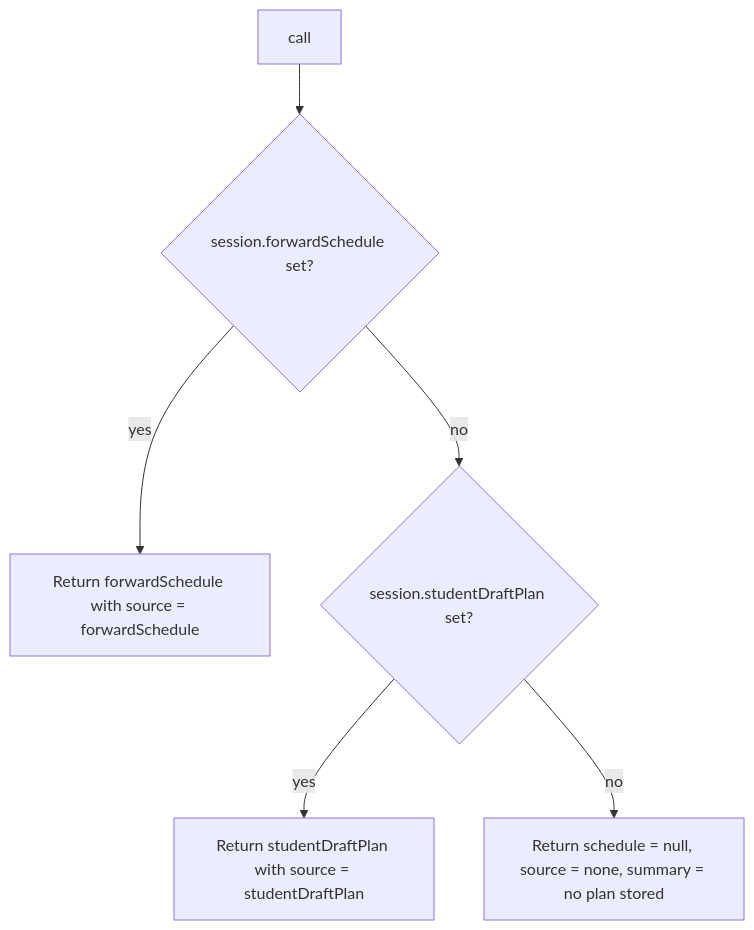
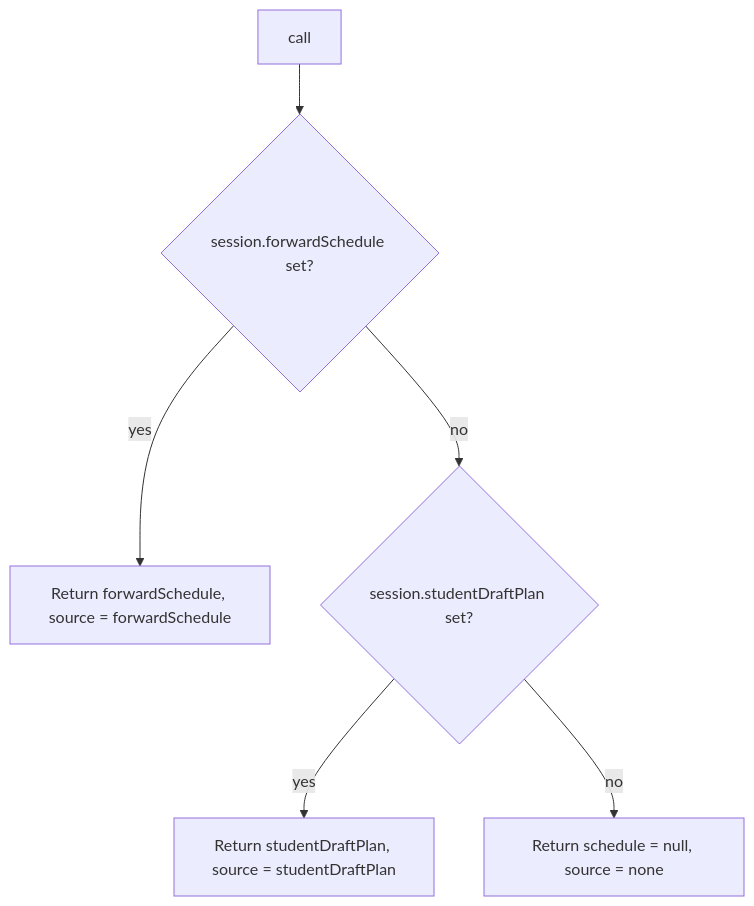
The second of 2 diagrams in Docs/current-system/tools/view_forward_plan.md (EdoardoMongardi/NYU_Path), drawn with Mermaid before and after one commit. The commit also changed other lines of this file and 73 other files, not shown here.

````diff
--- a/Docs/current-system/tools/view_forward_plan.md
+++ b/Docs/current-system/tools/view_forward_plan.md
@@ -85,8 +72,8 @@
 ```mermaid
 flowchart TD
     A[call] --> B{session.forwardSchedule set?}
-    B -- yes --> C[Return forwardSchedule with source = forwardSchedule]
+    B -- yes --> C[Return forwardSchedule, source = forwardSchedule]
     B -- no --> D{session.studentDraftPlan set?}
-    D -- yes --> E[Return studentDraftPlan with source = studentDraftPlan]
-    D -- no --> F[Return schedule = null, source = none, summary = no plan stored]
+    D -- yes --> E[Return studentDraftPlan, source = studentDraftPlan]
+    D -- no --> F[Return schedule = null, source = none]
 ```
````
